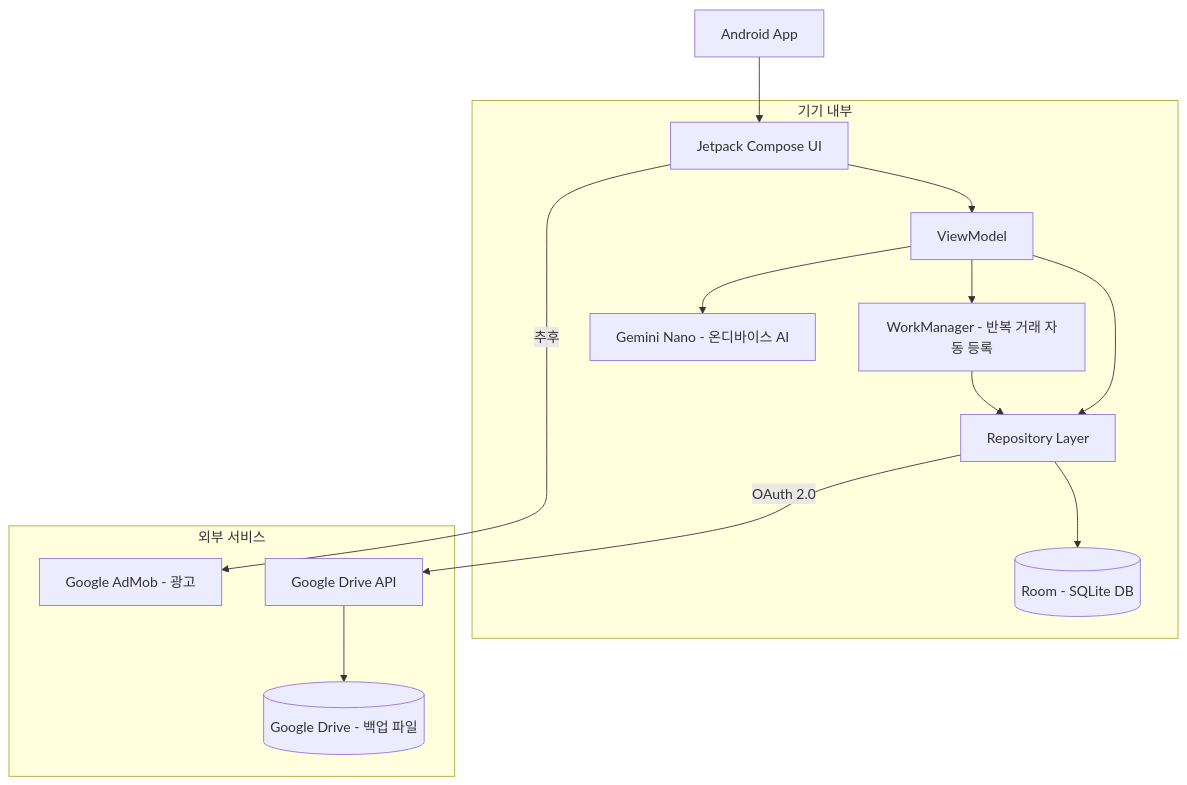
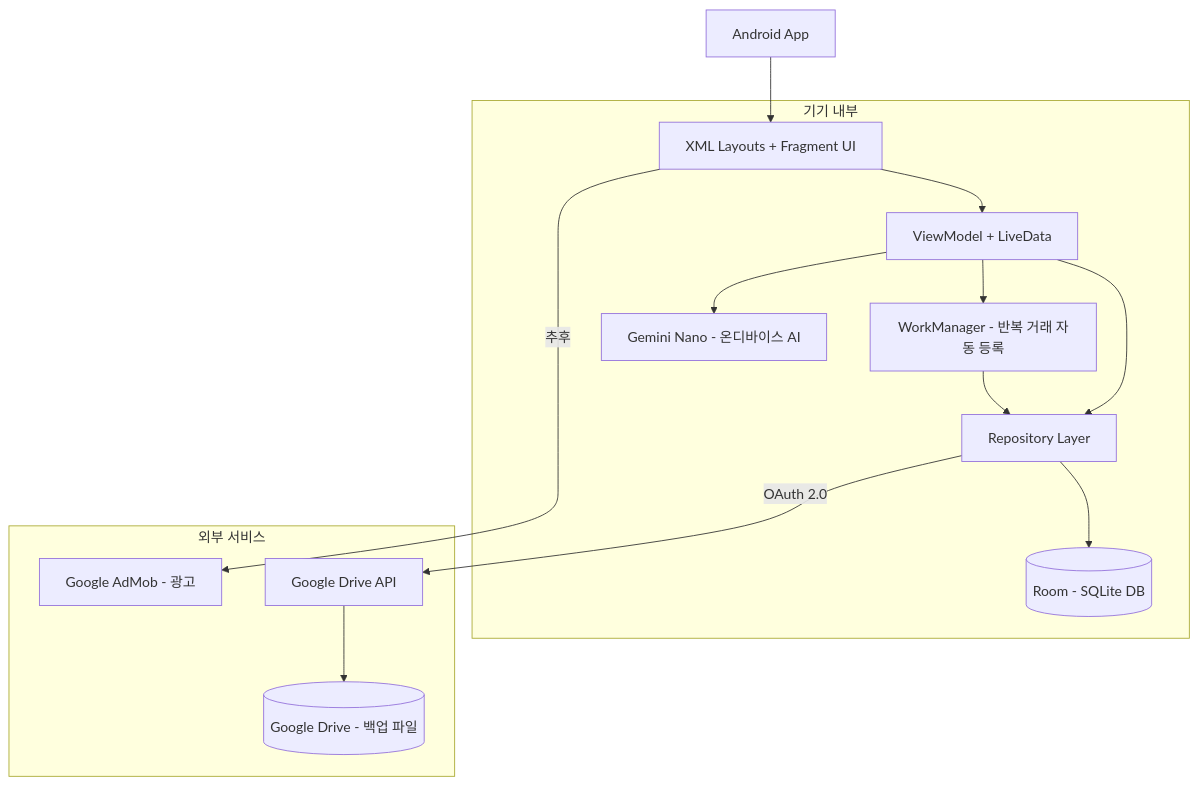
Before and after one commit to steveve14/MoneyLog: the first of 5 diagrams in docs/02_시스템_아키텍처.md, drawn with Mermaid. The commit also changed other lines of this file and 182 other files, not shown here.

````diff
--- a/docs/02_시스템_아키텍처.md
+++ b/docs/02_시스템_아키텍처.md
@@ -19,19 +19,19 @@
 ```mermaid
 graph TD
-    Android[Android App] --> UI[Jetpack Compose UI]
+    Android[Android App] --> UI[XML Layouts + Fragment UI]
 
     subgraph 기기 내부
-        UI --> VM[ViewModel]
+        UI --> VM[ViewModel + LiveData]
         VM --> Repo[Repository Layer]
         Repo --> Room[(Room - SQLite DB)]
         VM --> Sched[WorkManager - 반복 거래 자동 등록]
         Sched --> Repo
         VM --> Gemini[Gemini Nano - 온디바이스 AI]
     end
 
     subgraph 외부 서비스
         Repo -->|OAuth 2.0| GDrive[Google Drive API]
         GDrive --> Cloud[(Google Drive - 백업 파일)]
         UI -->|추후| AdMob[Google AdMob - 광고]
     end
 ```
````
